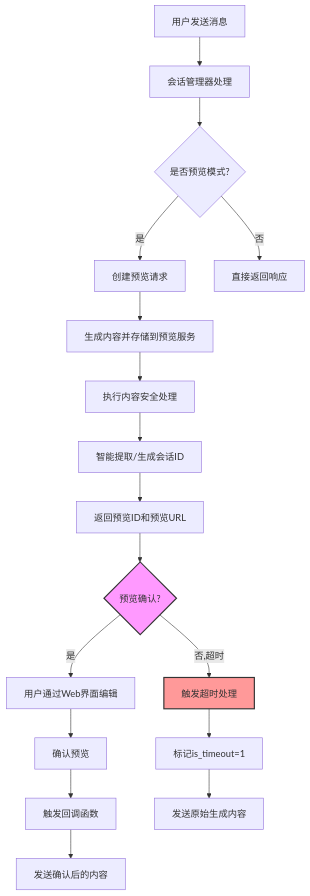
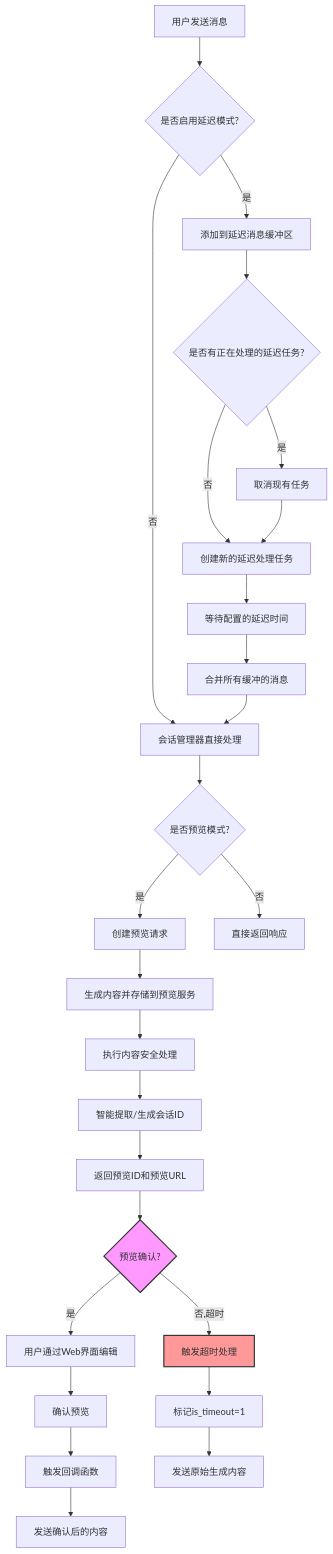
Before and after one commit to eogee/any4any: the second of 4 diagrams in docs/会话管理系统说明文档.md, drawn with Mermaid. The commit also changed other lines of this file and 1 other file, not shown here.

````diff
--- a/docs/会话管理系统说明文档.md
+++ b/docs/会话管理系统说明文档.md
@@ -92,24 +113,34 @@
 ```mermaid
 flowchart TD
-    A[用户发送消息] --> B[会话管理器处理]
-    B --> C{是否预览模式?}
-    C -->|是| D[创建预览请求]
-    C -->|否| E[直接返回响应]
-    D --> F[生成内容并存储到预览服务]
-    F --> G[执行内容安全处理]
-    G --> H[智能提取/生成会话ID]
-    H --> I[返回预览ID和预览URL]
-    I --> J{预览确认?}
+    A[用户发送消息] --> B{是否启用延迟模式?}
+    B -->|是| C[添加到延迟消息缓冲区]
+    B -->|否| D[会话管理器直接处理]
+    C --> E{是否有正在处理的延迟任务?}
+    E -->|是| F[取消现有任务]
+    E -->|否| G[创建新的延迟处理任务]
+    F --> G
+    G --> H[等待配置的延迟时间]
+    H --> I[合并所有缓冲的消息]
+    I --> D
     
-    J -->|是| K[用户通过Web界面编辑]
-    K --> L[确认预览]
-    L --> M[触发回调函数]
-    M --> N[发送确认后的内容]
+    D --> J{是否预览模式?}
+    J -->|是| K[创建预览请求]
+    J -->|否| L[直接返回响应]
+    K --> M[生成内容并存储到预览服务]
+    M --> N[执行内容安全处理]
+    N --> O[智能提取/生成会话ID]
+    O --> P[返回预览ID和预览URL]
+    P --> Q{预览确认?}
     
-    J -->|否,超时| O[触发超时处理]
-    O --> P[标记is_timeout=1]
-    P --> Q[发送原始生成内容]
+    Q -->|是| R[用户通过Web界面编辑]
+    R --> S[确认预览]
+    S --> T[触发回调函数]
+    T --> U[发送确认后的内容]
     
-    style J fill:#f9f,stroke:#333,stroke-width:2px
-    style O fill:#ff9999,stroke:#333,stroke-width:2px
+    Q -->|否,超时| V[触发超时处理]
+    V --> W[标记is_timeout=1]
+    W --> X[发送原始生成内容]
+    
+    style Q fill:#f9f,stroke:#333,stroke-width:2px
+    style V fill:#ff9999,stroke:#333,stroke-width:2px
 ```
````
